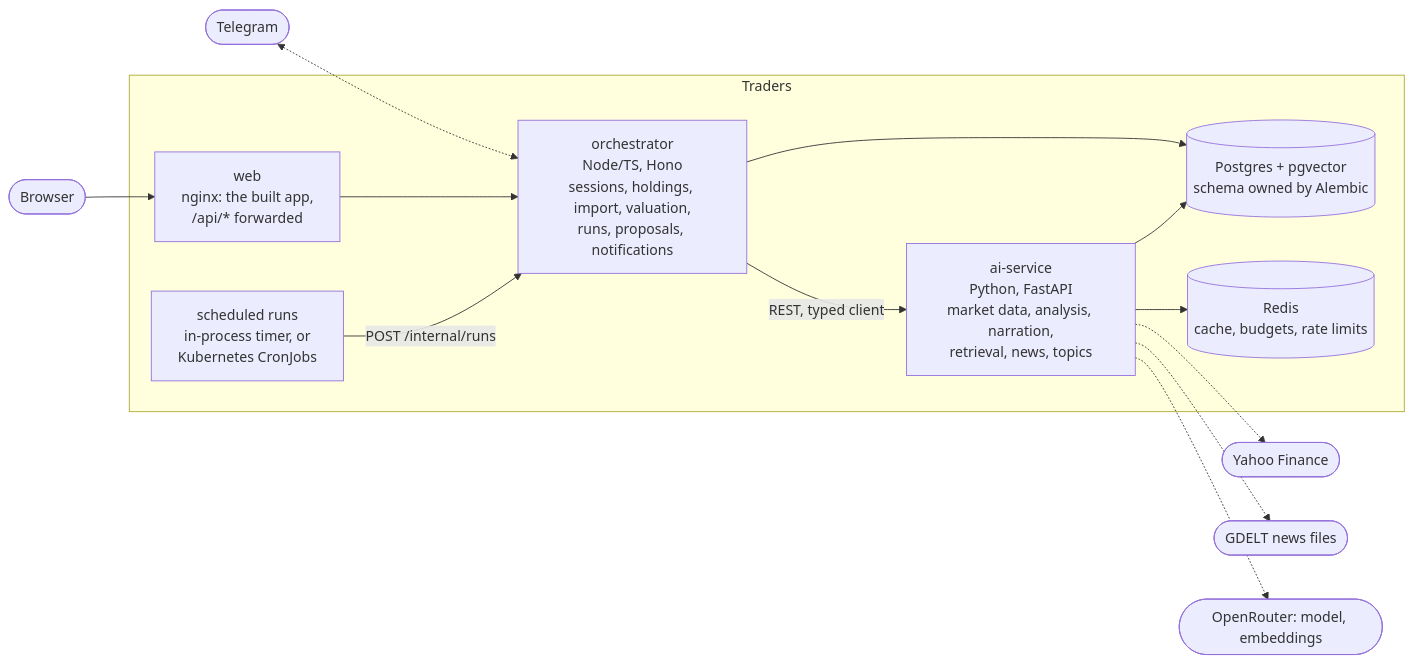
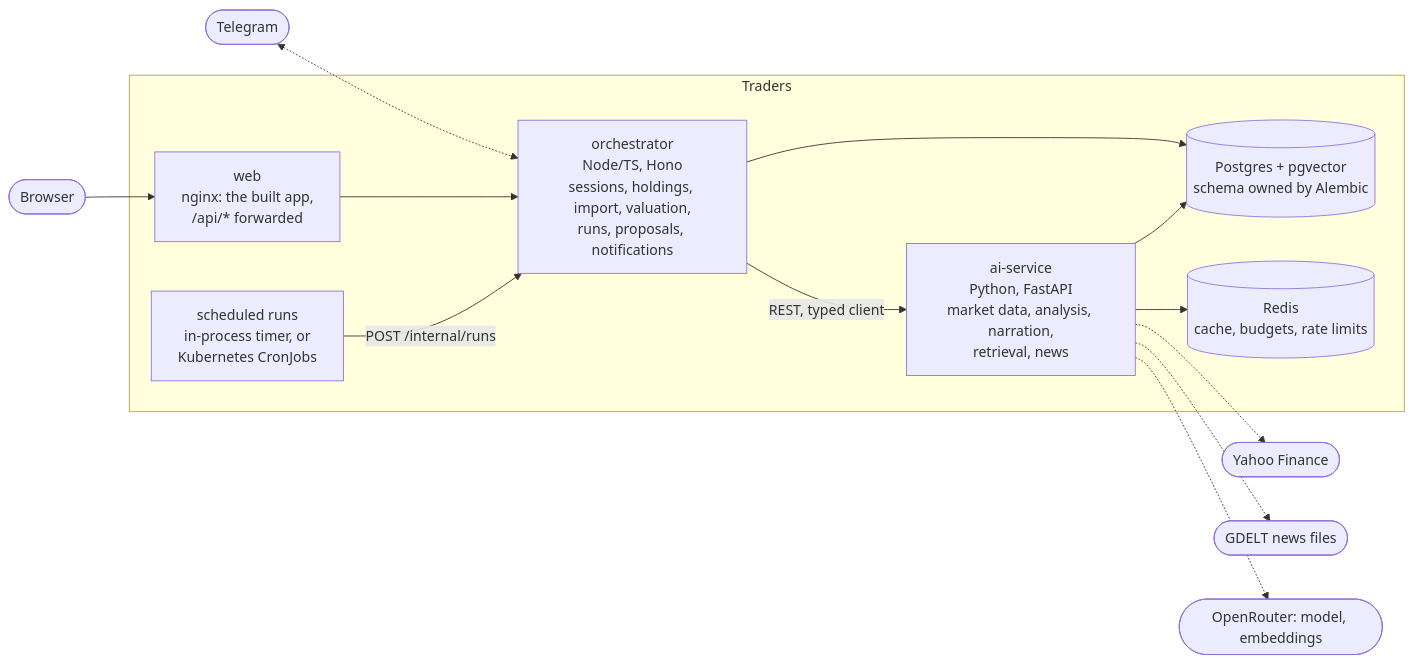
Before and after one commit to barakfisher/Trader: the diagram in README.md, drawn with Mermaid. The commit also changed other lines of this file and 163 other files, not shown here.

````diff
--- a/README.md
+++ b/README.md
@@ -90,17 +90,17 @@
 ```mermaid
 flowchart LR
     browser([Browser]) --> web
     telegram([Telegram]) <-.-> orchestrator
     subgraph app [Traders]
         web["web<br/>nginx: the built app,<br/>/api/* forwarded"] --> orchestrator
         orchestrator["orchestrator<br/>Node/TS, Hono<br/>sessions, holdings, import, valuation,<br/>runs, proposals, notifications"] -->|REST, typed client| ai
-        ai["ai-service<br/>Python, FastAPI<br/>market data, analysis, narration,<br/>retrieval, news, topics"]
+        ai["ai-service<br/>Python, FastAPI<br/>market data, analysis, narration,<br/>retrieval, news"]
         scheduler["scheduled runs<br/>in-process timer, or<br/>Kubernetes CronJobs"] -->|POST /internal/runs| orchestrator
         orchestrator --> pg[("Postgres + pgvector<br/>schema owned by Alembic")]
         ai --> pg
         ai --> redis[("Redis<br/>cache, budgets, rate limits")]
     end
     ai -.-> yahoo([Yahoo Finance])
     ai -.-> gdelt([GDELT news files])
     ai -.-> llm([OpenRouter: model, embeddings])
 ```
````
